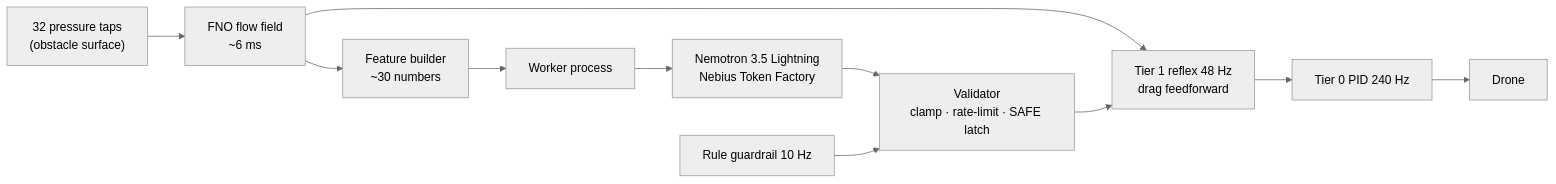
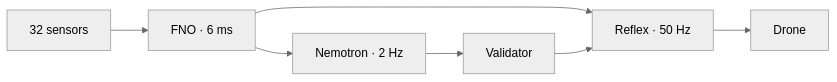
The diagram in README.md (r00tnomade/aeroagent), drawn with Mermaid (neutral theme) before and after one commit. The commit also changed other lines of this file, not shown here.

````diff
--- a/README.md
+++ b/README.md
@@ -35,11 +39,5 @@
 ```mermaid
 flowchart LR
-  S["32 pressure taps<br/>(obstacle surface)"] --> F["FNO flow field<br/>~6 ms"]
-  F --> R["Tier 1 reflex 48 Hz<br/>drag feedforward"]
-  R --> P["Tier 0 PID 240 Hz"] --> D["Drone"]
-  F --> X["Feature builder<br/>~30 numbers"]
-  X --> W["Worker process"] --> N["Nemotron 3.5 Lightning<br/>Nebius Token Factory"]
-  N --> V["Validator<br/>clamp · rate-limit · SAFE latch"]
-  G["Rule guardrail 10 Hz"] --> V
-  V --> R
+  S[32 sensors] --> F[FNO · 6 ms] --> R[Reflex · 50 Hz] --> D[Drone]
+  F --> N[Nemotron · 2 Hz] --> V[Validator] --> R
 ```
````
